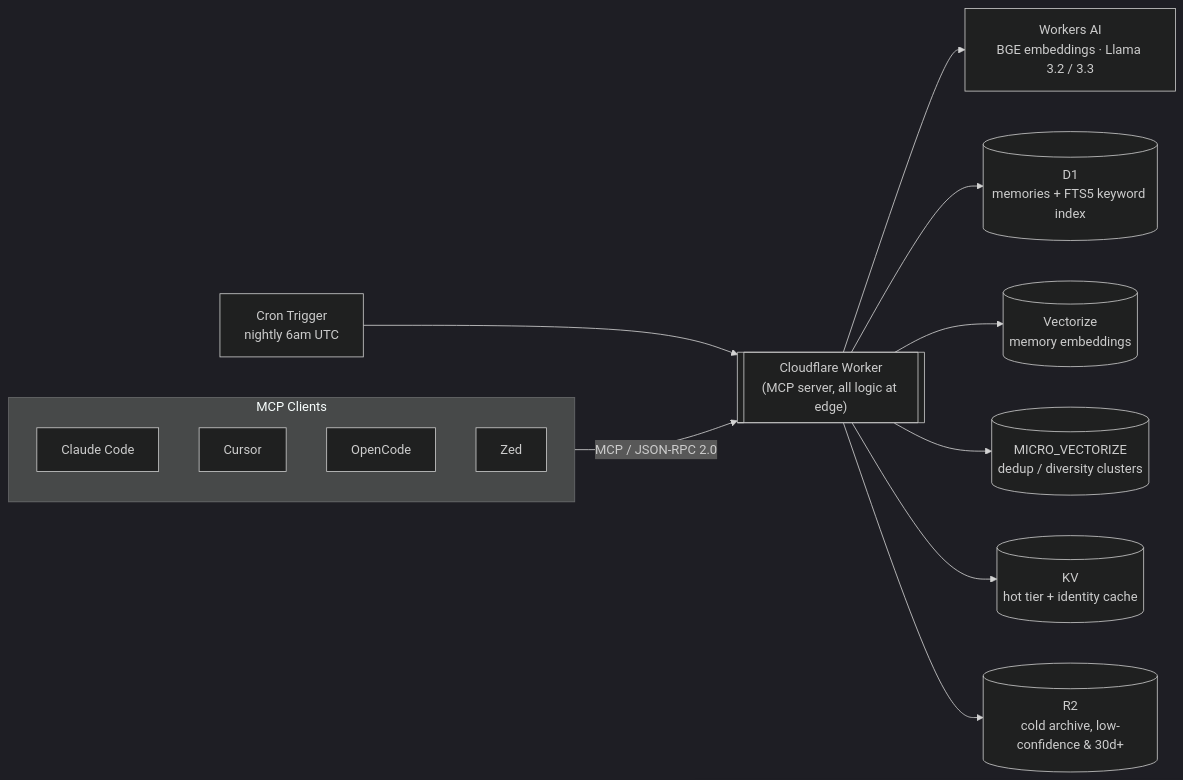
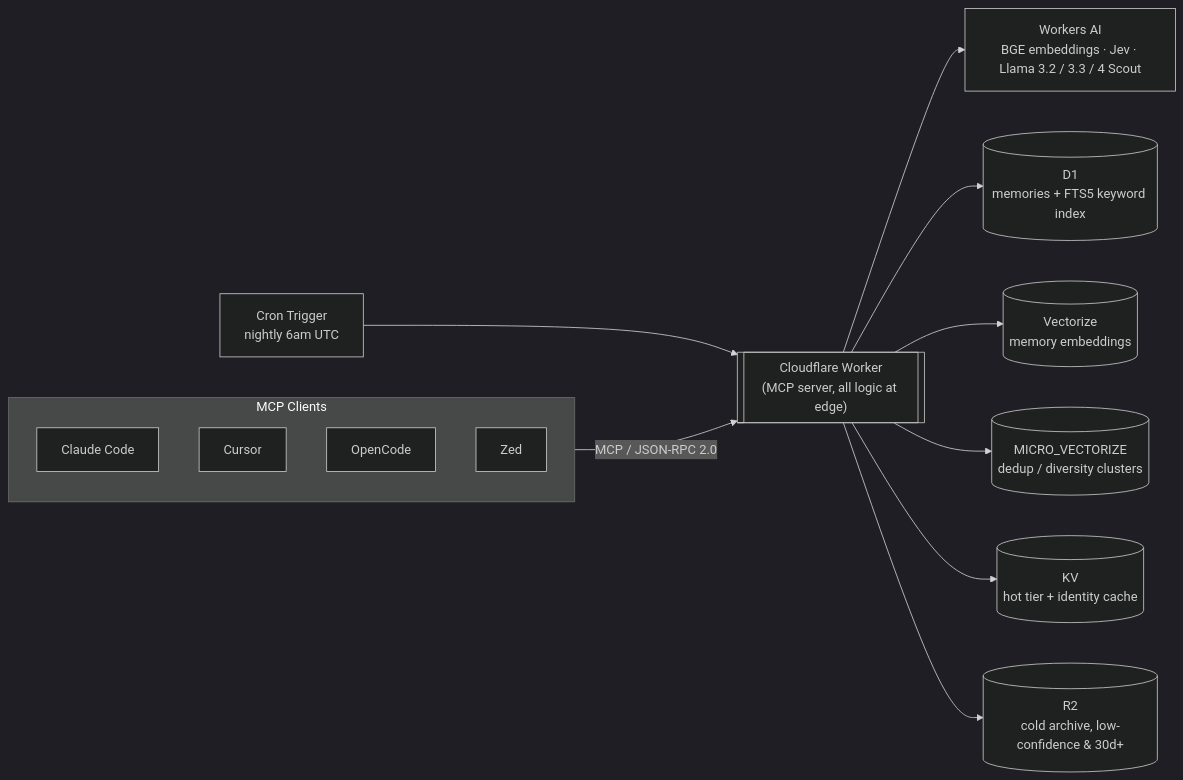
Before and after one commit to LohitJaga/gaussian-memory-worker: the diagram in README.md, drawn with Mermaid (dark theme). The commit also changed other lines of this file and 11 other files, not shown here.

````diff
--- a/README.md
+++ b/README.md
@@ -398,20 +405,20 @@
 ```mermaid
 flowchart LR
     subgraph Clients["MCP Clients"]
         CC[Claude Code]
         CU[Cursor]
         OC[OpenCode]
         ZD[Zed]
     end
 
     Clients -->|MCP / JSON-RPC 2.0| W[["Cloudflare Worker<br/>(MCP server, all logic at edge)"]]
 
-    W --> AI[Workers AI<br/>BGE embeddings · Llama 3.2 / 3.3]
+    W --> AI[Workers AI<br/>BGE embeddings · Jev · Llama 3.2 / 3.3 / 4 Scout]
     W --> DB[(D1<br/>memories + FTS5 keyword index)]
     W --> VEC[(Vectorize<br/>memory embeddings)]
     W --> MC[(MICRO_VECTORIZE<br/>dedup / diversity clusters)]
     W --> KVS[(KV<br/>hot tier + identity cache)]
 
     CRON[Cron Trigger<br/>nightly 6am UTC] --> W
     W --> R2[(R2<br/>cold archive, low-confidence &amp; 30d+)]
 ```
````
